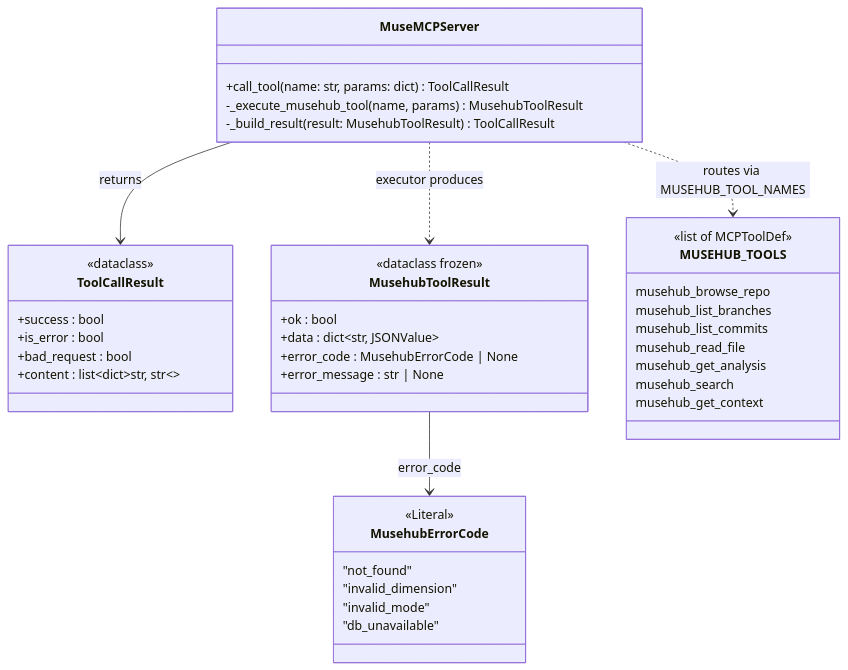
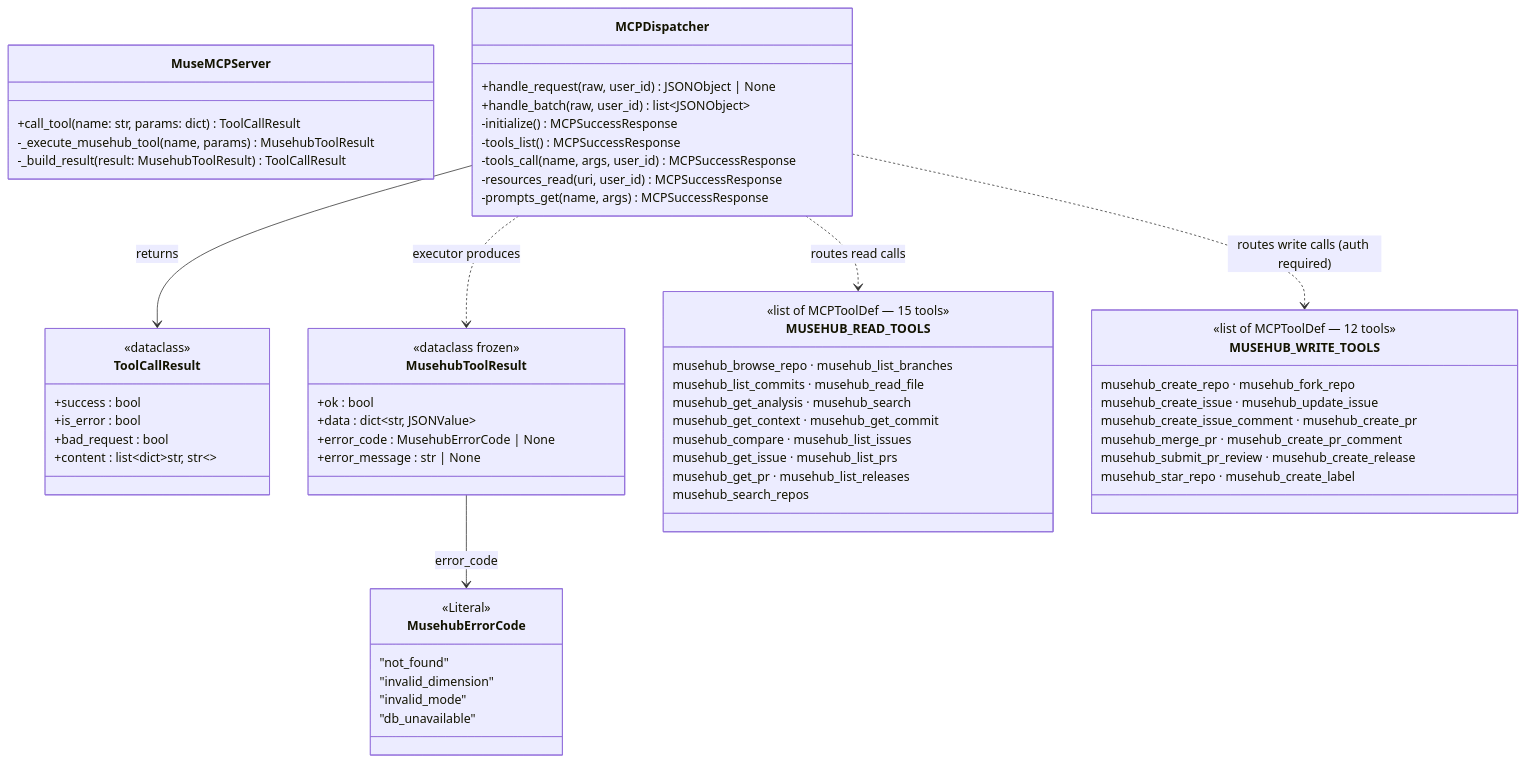
The fourth of 10 diagrams in docs/reference/type-contracts.md (cgcardona/musehub), drawn with Mermaid before and after one commit. The commit also changed other lines of this file and 17 other files, not shown here.

First line of the commit message:
feat(mcp): best-in-class MCP 2025-03-26 integration — 27 tools, 20 resources, 6 prompts

````diff
--- a/docs/reference/type-contracts.md
+++ b/docs/reference/type-contracts.md
@@ -875,44 +1020,64 @@
 ```mermaid
 classDiagram
     class MuseMCPServer {
         +call_tool(name: str, params: dict) ToolCallResult
         -_execute_musehub_tool(name, params) MusehubToolResult
         -_build_result(result: MusehubToolResult) ToolCallResult
     }
     class ToolCallResult {
         <<dataclass>>
         +success : bool
         +is_error : bool
         +bad_request : bool
         +content : list~dict~str, str~~
     }
     class MusehubToolResult {
         <<dataclass frozen>>
         +ok : bool
         +data : dict~str, JSONValue~
         +error_code : MusehubErrorCode | None
         +error_message : str | None
     }
     class MusehubErrorCode {
         <<Literal>>
         "not_found"
         "invalid_dimension"
         "invalid_mode"
         "db_unavailable"
     }
-    class MUSEHUB_TOOLS {
-        <<list of MCPToolDef>>
-        musehub_browse_repo
-        musehub_list_branches
-        musehub_list_commits
-        musehub_read_file
-        musehub_get_analysis
-        musehub_search
-        musehub_get_context
+    class MUSEHUB_READ_TOOLS {
+        <<list of MCPToolDef — 15 tools>>
+        musehub_browse_repo · musehub_list_branches
+        musehub_list_commits · musehub_read_file
+        musehub_get_analysis · musehub_search
+        musehub_get_context · musehub_get_commit
+        musehub_compare · musehub_list_issues
+        musehub_get_issue · musehub_list_prs
+        musehub_get_pr · musehub_list_releases
+        musehub_search_repos
+    }
+    class MUSEHUB_WRITE_TOOLS {
+        <<list of MCPToolDef — 12 tools>>
+        musehub_create_repo · musehub_fork_repo
+        musehub_create_issue · musehub_update_issue
+        musehub_create_issue_comment · musehub_create_pr
+        musehub_merge_pr · musehub_create_pr_comment
+        musehub_submit_pr_review · musehub_create_release
+        musehub_star_repo · musehub_create_label
+    }
+    class MCPDispatcher {
+        +handle_request(raw, user_id) JSONObject | None
+        +handle_batch(raw, user_id) list~JSONObject~
+        -initialize() MCPSuccessResponse
+        -tools_list() MCPSuccessResponse
+        -tools_call(name, args, user_id) MCPSuccessResponse
+        -resources_read(uri, user_id) MCPSuccessResponse
+        -prompts_get(name, args) MCPSuccessResponse
     }
 
-    MuseMCPServer --> ToolCallResult : returns
-    MuseMCPServer ..> MusehubToolResult : executor produces
+    MCPDispatcher --> ToolCallResult : returns
+    MCPDispatcher ..> MusehubToolResult : executor produces
     MusehubToolResult --> MusehubErrorCode : error_code
-    MuseMCPServer ..> MUSEHUB_TOOLS : routes via MUSEHUB_TOOL_NAMES
+    MCPDispatcher ..> MUSEHUB_READ_TOOLS : routes read calls
+    MCPDispatcher ..> MUSEHUB_WRITE_TOOLS : routes write calls (auth required)
 ```
````
